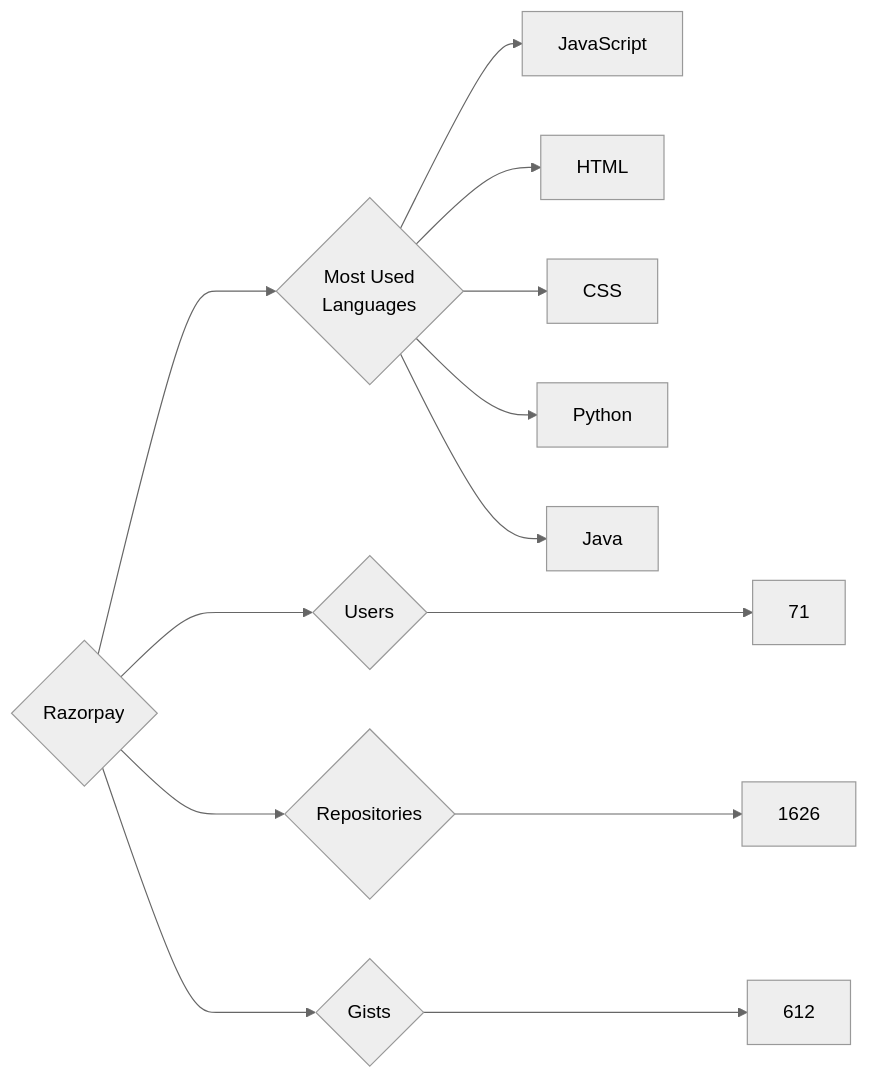
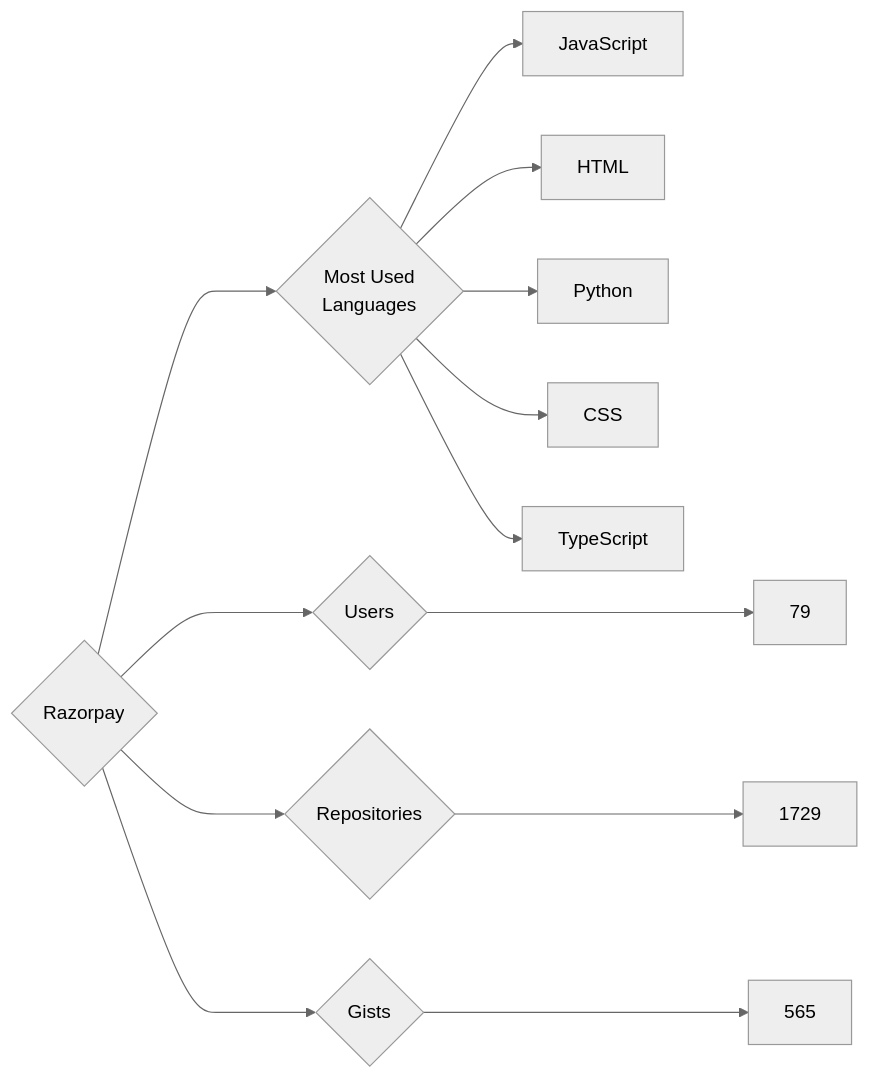
One commit to trickest/insiders changed the diagram in targets/Razorpay/README.md. Above: the diagram before and after it, drawn with Mermaid (neutral theme). The commit also changed 814 other files, not shown here.

````diff
--- a/targets/Razorpay/README.md
+++ b/targets/Razorpay/README.md
@@ -3,13 +3,13 @@
 ```mermaid
 graph LR
 COMPANY_NAME{Razorpay}
-COMPANY_NAME ---> U{Users} ---> UN[71]
-COMPANY_NAME ---> R{Repositories} ---> RN[1626]
-COMPANY_NAME ---> G{Gists} ---> GN[612]
+COMPANY_NAME ---> U{Users} ---> UN[79]
+COMPANY_NAME ---> R{Repositories} ---> RN[1729]
+COMPANY_NAME ---> G{Gists} ---> GN[565]
 COMPANY_NAME ---> ML{Most Used<br>Languages}
 ML --> JavaScript[JavaScript]
 ML --> HTML[HTML]
+ML --> Python[Python]
 ML --> CSS[CSS]
-ML --> Python[Python]
-ML --> Java[Java]
+ML --> TypeScript[TypeScript]
 ```
````
